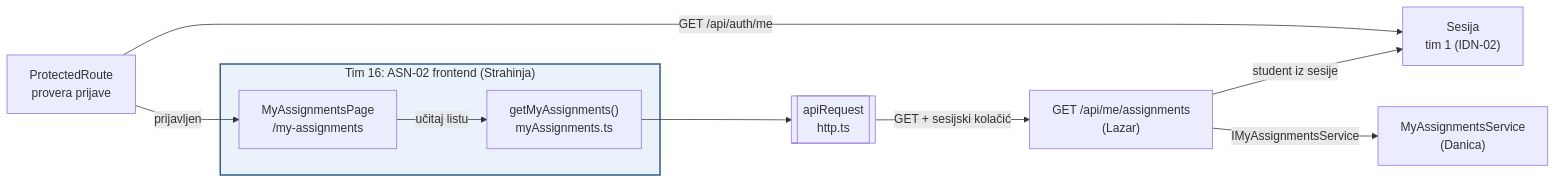
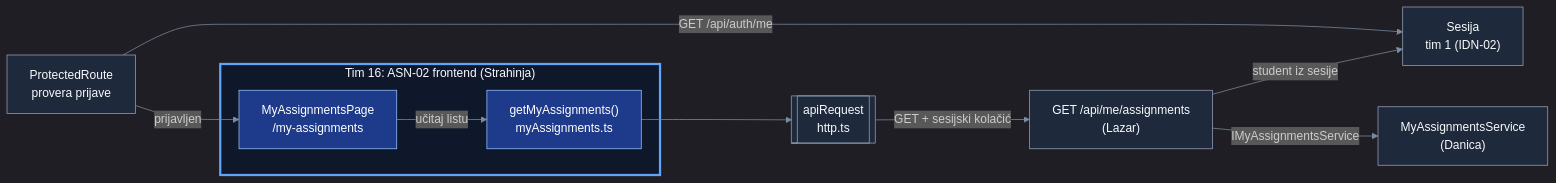
Before and after one commit to djufa762x39/security-lab: the first of 2 diagrams in docs/components/ASN-02-frontend.md, drawn with Mermaid. The commit also changed other lines of this file, not shown here.

````diff
--- a/docs/components/ASN-02-frontend.md
+++ b/docs/components/ASN-02-frontend.md
@@ -20,23 +20,27 @@
 ```mermaid
+%%{init: {"theme": "dark", "themeVariables": {"lineColor": "#7c8ba1"}}}%%
 flowchart LR
+  classDef default fill:#1e293b,stroke:#94a3b8,color:#f8fafc
   subgraph FE["Tim 16: ASN-02 frontend (Strahinja)"]
     PAGE["MyAssignmentsPage<br/>/my-assignments"]
     CLIENT["getMyAssignments()<br/>myAssignments.ts"]
   end
 
   GUARD["ProtectedRoute<br/>provera prijave"]
   HTTP[["apiRequest<br/>http.ts"]]
   SES["Sesija<br/>tim 1 (IDN-02)"]
   API["GET /api/me/assignments<br/>(Lazar)"]
   SVC["MyAssignmentsService<br/>(Danica)"]
 
   GUARD -->|prijavljen| PAGE
   GUARD -->|GET /api/auth/me| SES
   PAGE -->|učitaj listu| CLIENT
   CLIENT --> HTTP
   HTTP -->|GET + sesijski kolačić| API
   API -->|student iz sesije| SES
   API -->|IMyAssignmentsService| SVC
 
-  style FE fill:#eaf2fb,stroke:#315d8a,stroke-width:2px
+  style FE fill:#0f172a,stroke:#60a5fa,stroke-width:3px,color:#f8fafc
+  style PAGE fill:#1e3a8a,stroke:#93c5fd,color:#ffffff
+  style CLIENT fill:#1e3a8a,stroke:#93c5fd,color:#ffffff
 ```
````
